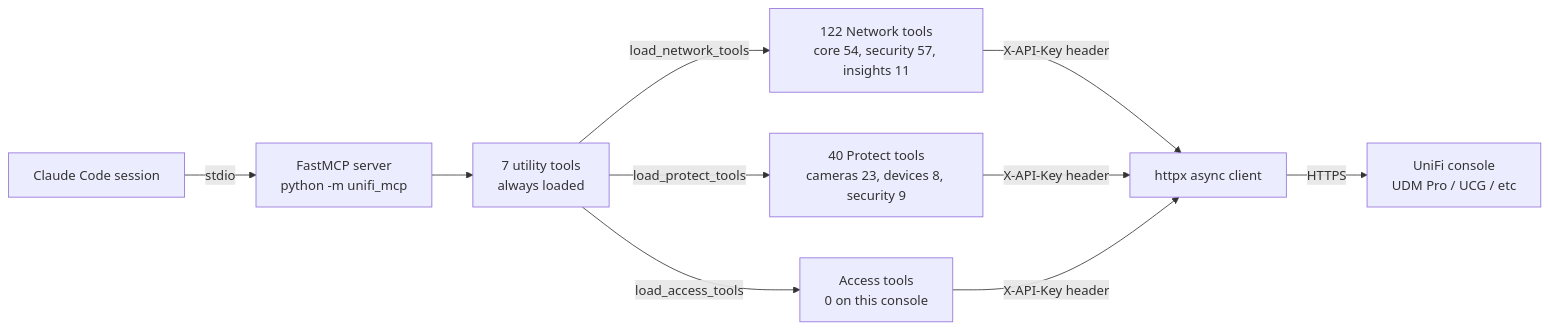
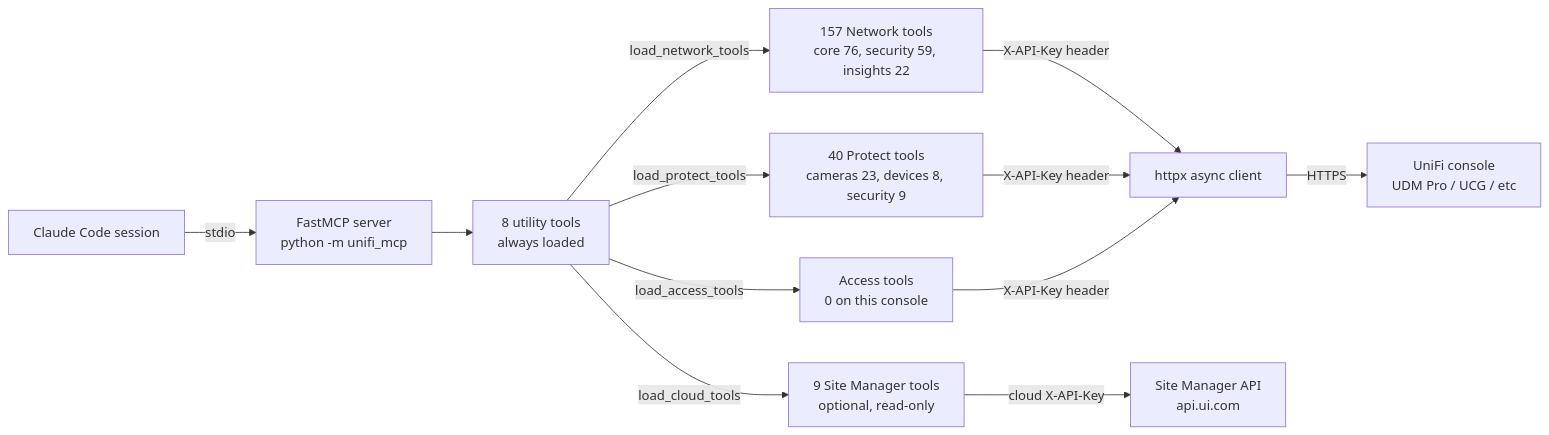
Before and after one commit to chris2ao/unifi-mcp: the first of 3 diagrams in README.md, drawn with Mermaid. The commit also changed other lines of this file and 83 other files, not shown here.

````diff
--- a/README.md
+++ b/README.md
@@ -176,10 +178,12 @@
 ```mermaid
 flowchart LR
     CC[Claude Code session] -->|stdio| MCP[FastMCP server<br/>python -m unifi_mcp]
-    MCP --> UT[7 utility tools<br/>always loaded]
-    UT -->|load_network_tools| NET[122 Network tools<br/>core 54, security 57, insights 11]
+    MCP --> UT[8 utility tools<br/>always loaded]
+    UT -->|load_network_tools| NET[157 Network tools<br/>core 76, security 59, insights 22]
     UT -->|load_protect_tools| PROT[40 Protect tools<br/>cameras 23, devices 8, security 9]
     UT -->|load_access_tools| ACC[Access tools<br/>0 on this console]
+    UT -->|load_cloud_tools| CLD[9 Site Manager tools<br/>optional, read-only]
     NET & PROT & ACC -->|X-API-Key header| HC[httpx async client]
     HC -->|HTTPS| UNIFI[UniFi console<br/>UDM Pro / UCG / etc]
+    CLD -->|cloud X-API-Key| CC2[Site Manager API<br/>api.ui.com]
 ```
````
